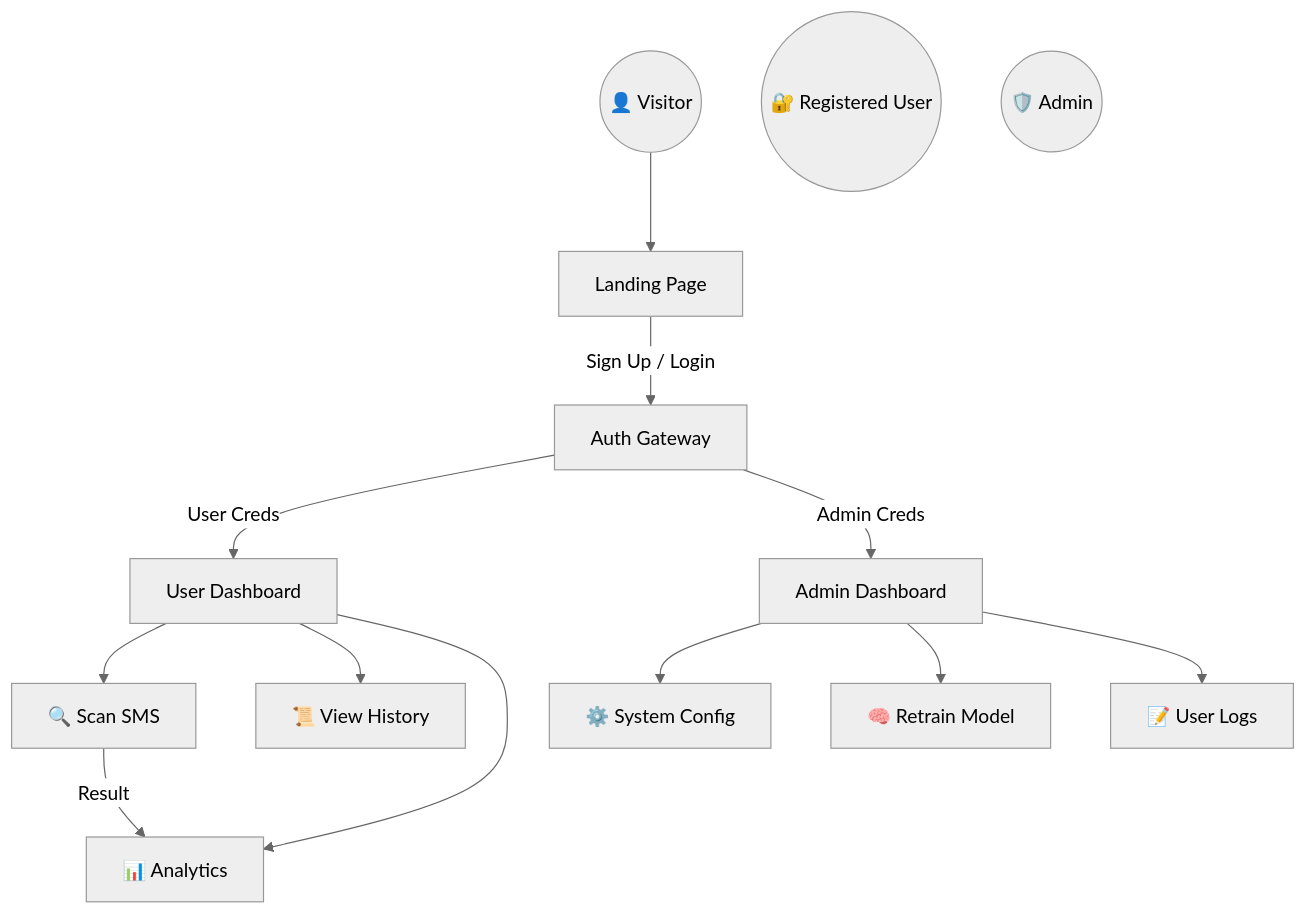
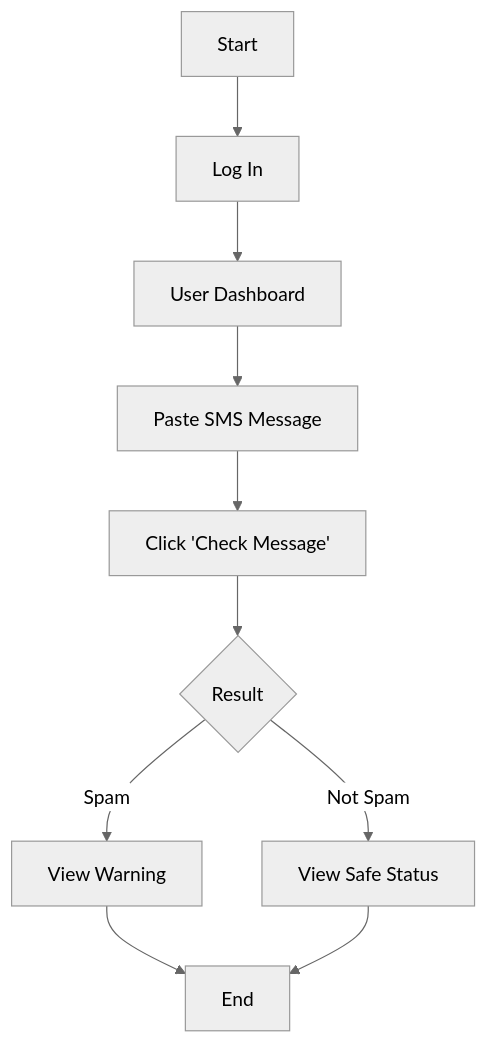
Before and after one commit to SOHAMPAL23/SmartInbox: the second of 7 diagrams in README.md, drawn with Mermaid (neutral theme). The commit also changed other lines of this file, not shown here.

````diff
--- a/README.md
+++ b/README.md
@@ -40,37 +86,12 @@
 ```mermaid
-graph TD
-    %% Nodes
-    Visitor((👤 Visitor))
-    User((🔐 Registered User))
-    Admin((🛡️ Admin))
-    
-    Land[Landing Page]
-    Auth[Auth Gateway]
-    Dash_U[User Dashboard]
-    Dash_A[Admin Dashboard]
-    
-    Scan[🔍 Scan SMS]
-    Hist[📜 View History]
-    Stat[📊 Analytics]
-    
-    Sys[⚙️ System Config]
-    Train[🧠 Retrain Model]
-    Logs[📝 User Logs]
-
-    %% Edges
-    Visitor --> Land
-    Land -->|Sign Up / Login| Auth
-    
-    Auth -->|User Creds| Dash_U
-    Auth -->|Admin Creds| Dash_A
-    
-    Dash_U --> Scan
-    Dash_U --> Hist
-    Dash_U --> Stat
-    
-    Dash_A --> Sys
-    Dash_A --> Train
-    Dash_A --> Logs
-    
-    Scan -->|Result| Stat
+flowchart TD
+    A[Start] --> B[Log In]
+    B --> C[User Dashboard]
+    C --> D[Paste SMS Message]
+    D --> E[Click 'Check Message']
+    E --> F{Result}
+    F -->|Spam| G[View Warning]
+    F -->|Not Spam| H[View Safe Status]
+    G --> I[End]
+    H --> I
 ```
````
